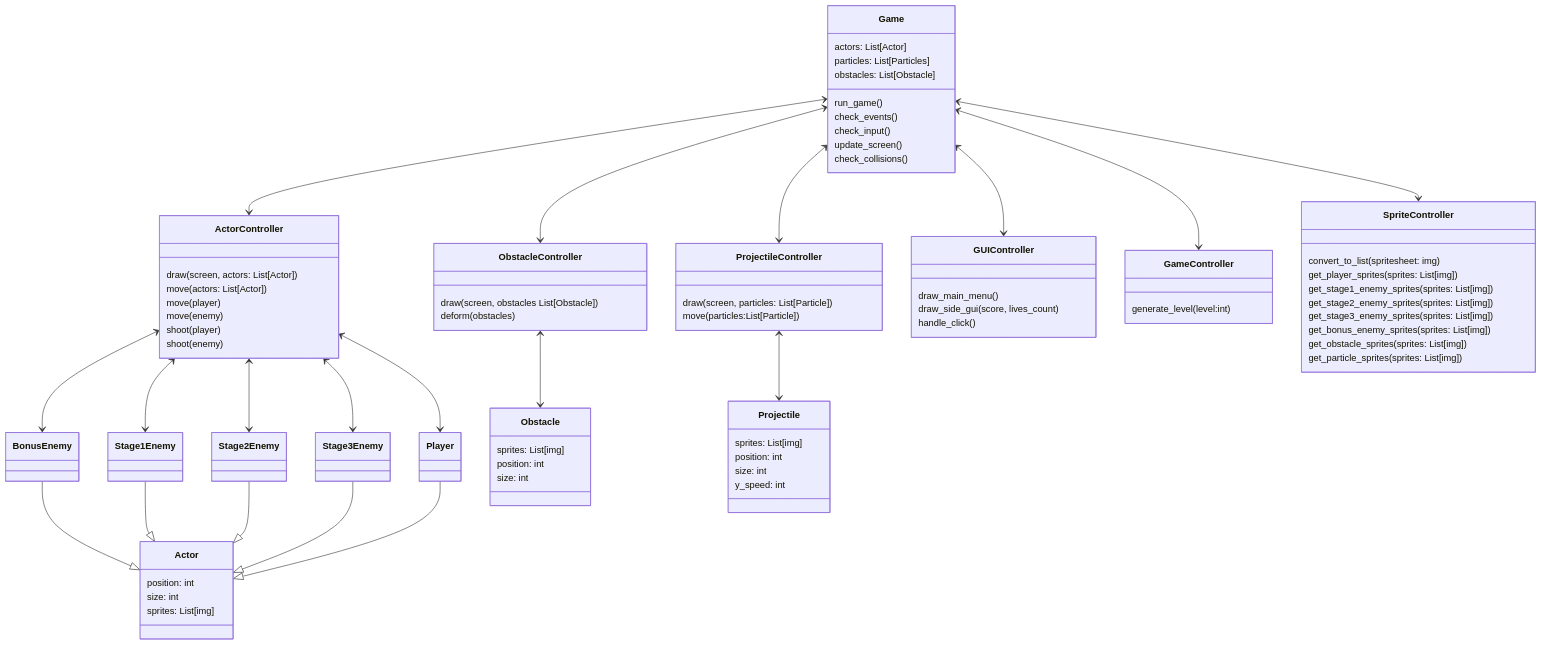
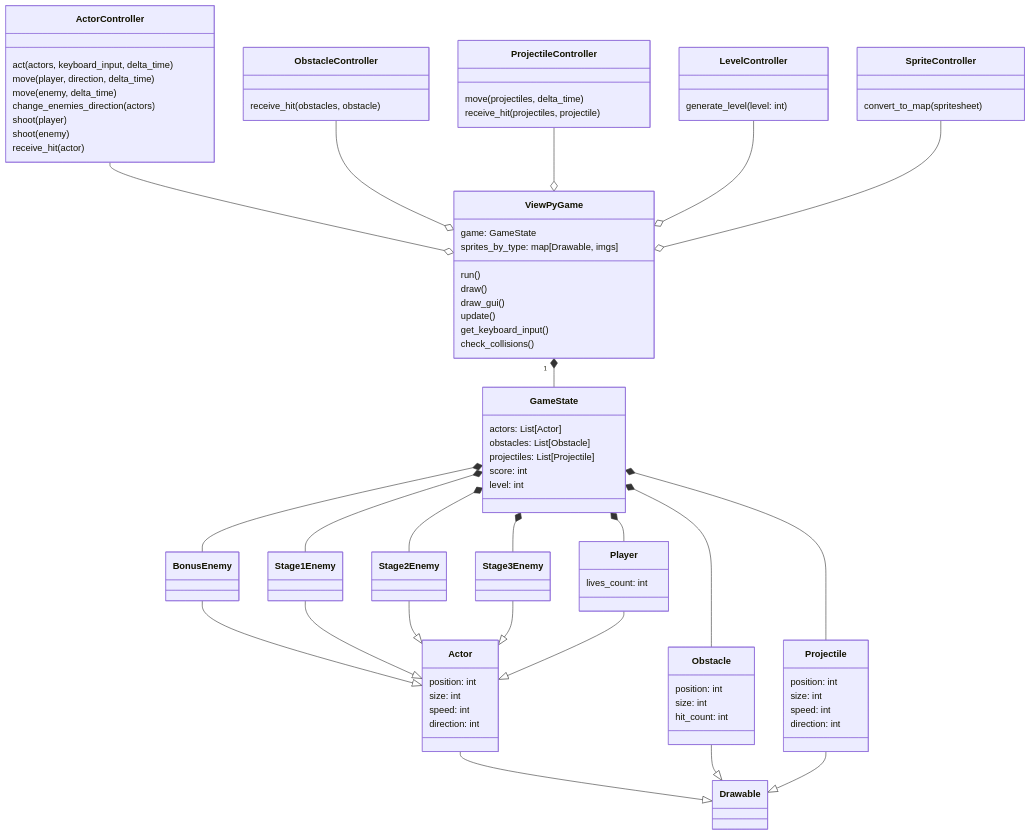
One commit to pukanjourpour/space-invaders changed the diagram in architecture.md. Above: the diagram before and after it, drawn with Mermaid. The commit also changed 7 other files, not shown here.

Commit message:
app structure diagrams added

````diff
--- a/architecture.md
+++ b/architecture.md
@@ -1,20 +1,20 @@
  ```mermaid
  classDiagram
-    Game <--> ActorController
-    Game <--> ObstacleController
-    Game <--> ProjectileController
-    Game <--> GUIController
-    Game <--> GameController
-    Game <--> SpriteController
+    ViewPyGame "1" *-- GameState
 
-    ActorController <--> Stage1Enemy
-    ActorController <--> Stage2Enemy
-    ActorController <--> Stage3Enemy
-    ActorController <--> BonusEnemy
-    ActorController <--> Player
+    ActorController --o ViewPyGame
+    ObstacleController --o ViewPyGame
+    ProjectileController --o ViewPyGame
+    LevelController --o ViewPyGame
+    SpriteController --o ViewPyGame
 
-    ObstacleController <--> Obstacle
-    ProjectileController <--> Projectile
+    GameState *-- Stage1Enemy
+    GameState *-- Stage2Enemy
+    GameState *-- Stage3Enemy
+    GameState *-- BonusEnemy
+    GameState *-- Player
+    GameState *-- Obstacle
+    GameState *-- Projectile
 
     BonusEnemy --|> Actor
     Stage1Enemy --|> Actor
@@ -22,77 +22,80 @@
     Stage3Enemy --|> Actor
     Player --|> Actor
 
+    Actor --|> Drawable
+    Obstacle --|> Drawable
+    Projectile --|> Drawable
 
-    class Game{
+    class GameState{
         actors: List[Actor]
-        particles: List[Particles]
         obstacles: List[Obstacle]
+        projectiles: List[Projectile]
+        score: int
+        level: int
 
-        run_game()
-        check_events()
-        check_input()
-        update_screen()
+    }
+
+    class ViewPyGame{
+        game: GameState
+        sprites_by_type: map[Drawable, imgs]
+        run()
+        draw()
+        draw_gui()
+        update()
+        get_keyboard_input()
         check_collisions()
         
     }
 
     class ActorController{
-        draw(screen, actors: List[Actor])
-        move(actors: List[Actor])
-        move(player)
-        move(enemy)
+        act(actors, keyboard_input, delta_time)
+        move(player, direction, delta_time)
+        move(enemy, delta_time)
+        change_enemies_direction(actors)
         shoot(player)
         shoot(enemy)
+        receive_hit(actor)
+    }
+
+    class ObstacleController{
+        receive_hit(obstacles, obstacle)
+    }
+
+    class ProjectileController{
+        move(projectiles, delta_time)
+        receive_hit(projectiles, projectile)
     }
 
     class SpriteController{
-        convert_to_list(spritesheet: img)
-        get_player_sprites(sprites: List[img])
-        get_stage1_enemy_sprites(sprites: List[img])
-        get_stage2_enemy_sprites(sprites: List[img])
-        get_stage3_enemy_sprites(sprites: List[img])
-        get_bonus_enemy_sprites(sprites: List[img])
-        get_obstacle_sprites(sprites: List[img])
-        get_particle_sprites(sprites: List[img])
+        convert_to_map(spritesheet)
     }
 
-    class GameController{
-        generate_level(level:int)
-    }
-
-    class ObstacleController{
-        draw(screen, obstacles List[Obstacle])
-        deform(obstacles)
-    }
-
-    class ProjectileController{
-        draw(screen, particles: List[Particle])
-        move(particles:List[Particle])
-    }
-
-    class GUIController{
-        draw_main_menu()
-        draw_side_gui(score, lives_count)
-        handle_click()
+    class LevelController{
+        generate_level(level: int)
     }
     
     class Actor{
         position: int
         size: int
-        sprites: List[img]
+        speed: int
+        direction: int
+    }
+
+    class Player{
+        lives_count: int
     }
 
     class Obstacle{
-        sprites: List[img]
         position: int
         size: int
+        hit_count: int
     }
 
     class Projectile {
-        sprites: List[img]
         position: int
         size: int
-        y_speed: int
+        speed: int
+        direction: int
 
     }
 
````
